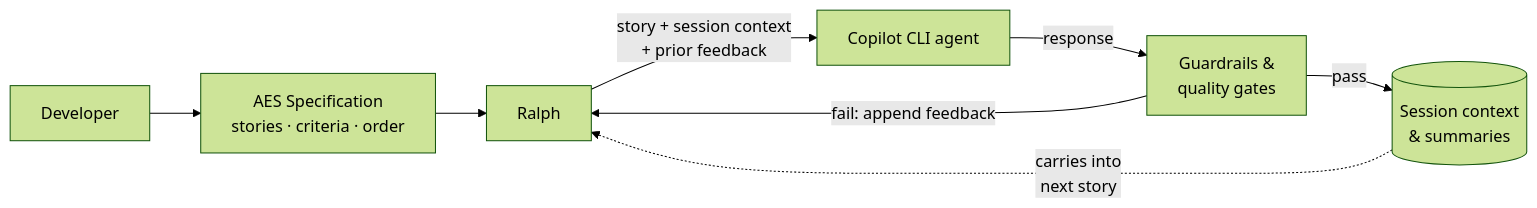
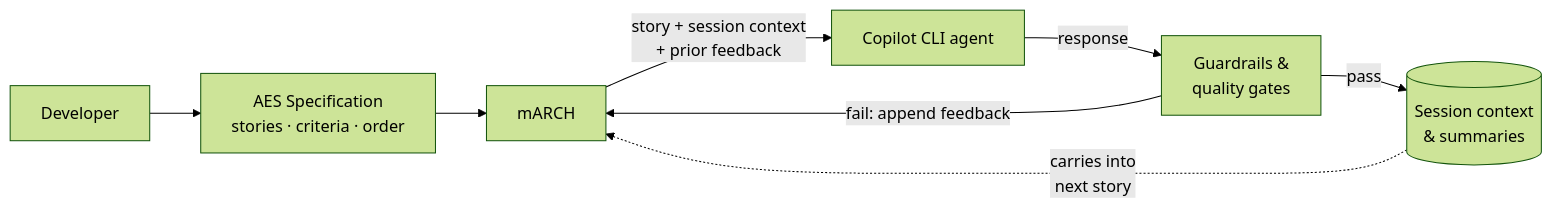
The third of 3 diagrams in _posts/2026-04-28-the-ai-colocation-race.md (arefiva/arefiva.github.io), drawn with Mermaid (forest theme) before and after one commit. The commit also changed other lines of this file and 26 other files, not shown here.

````diff
--- a/_posts/2026-04-28-the-ai-colocation-race.md
+++ b/_posts/2026-04-28-the-ai-colocation-race.md
@@ -102,10 +102,10 @@
 ```mermaid
 flowchart LR
     Dev[Developer] --> AES["AES Specification\nstories · criteria · order"]
-    AES --> R[Ralph]
+    AES --> R[mARCH]
     R -->|"story + session context\n+ prior feedback"| CL["Copilot CLI agent"]
     CL -->|response| GQ["Guardrails &\nquality gates"]
     GQ -->|fail: append feedback| R
     GQ -->|pass| CTX[("Session context\n& summaries")]
     CTX -.->|carries into\nnext story| R
 ```
````
